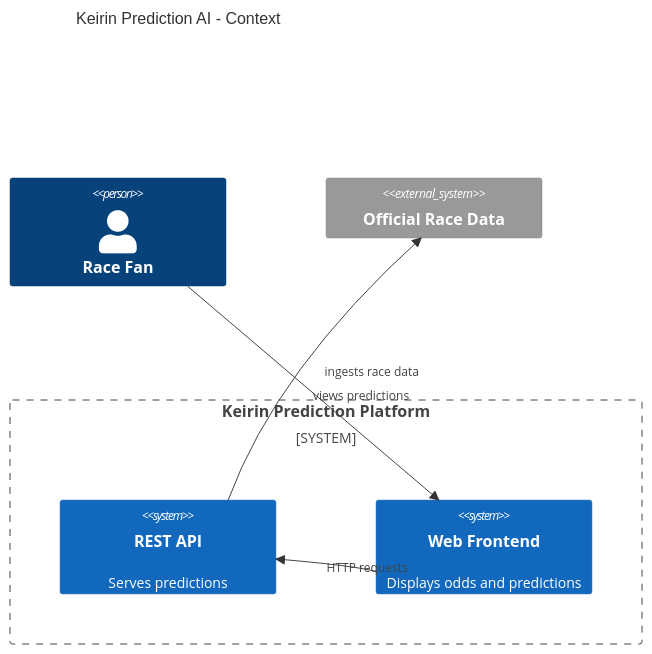
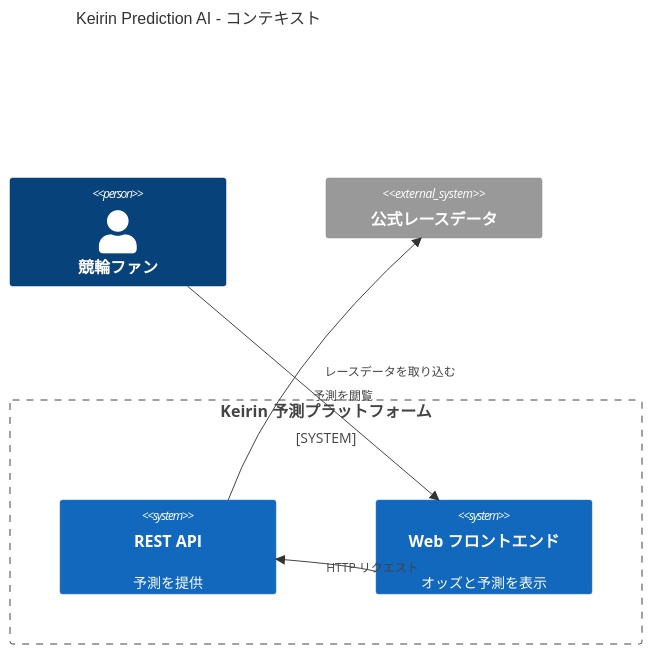
Before and after one commit to mukai-work/keirin-ai: the first of 3 diagrams in docs/ARCHITECTURE.md, drawn with Mermaid. The commit also changed other lines of this file and 5 other files, not shown here.

````diff
--- a/docs/ARCHITECTURE.md
+++ b/docs/ARCHITECTURE.md
@@ -7,13 +7,13 @@
 ```mermaid
 C4Context
-title Keirin Prediction AI - Context
-Person(user, "Race Fan")
-System_Boundary(platform, "Keirin Prediction Platform") {
-  System(api, "REST API", "Serves predictions")
-  System(web, "Web Frontend", "Displays odds and predictions")
+title Keirin Prediction AI - コンテキスト
+Person(user, "競輪ファン")
+System_Boundary(platform, "Keirin 予測プラットフォーム") {
+  System(api, "REST API", "予測を提供")
+  System(web, "Web フロントエンド", "オッズと予測を表示")
 }
-System_Ext(data, "Official Race Data")
-Rel(user, web, "views predictions")
-Rel(web, api, "HTTP requests")
-Rel(api, data, "ingests race data")
+System_Ext(data, "公式レースデータ")
+Rel(user, web, "予測を閲覧")
+Rel(web, api, "HTTP リクエスト")
+Rel(api, data, "レースデータを取り込む")
 ```
````
